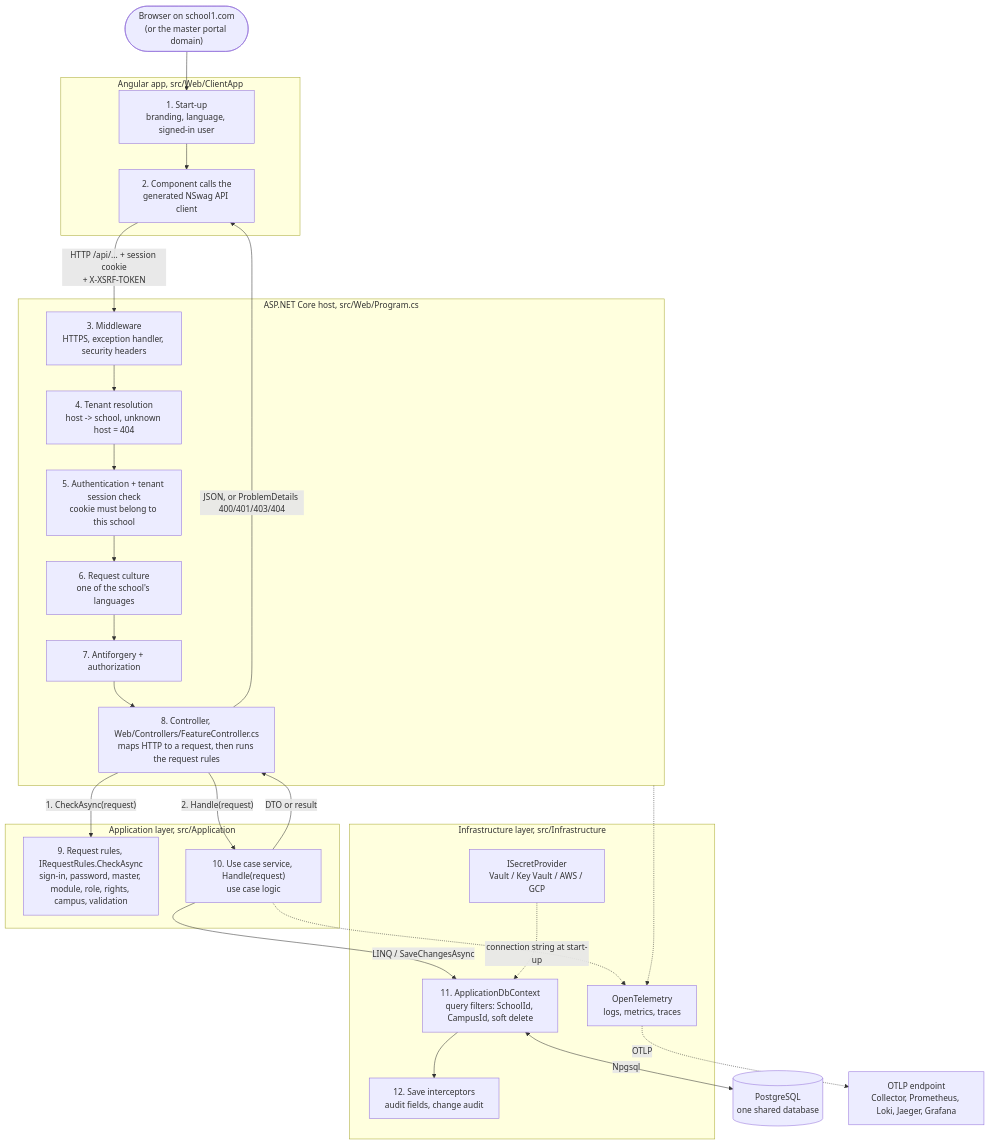
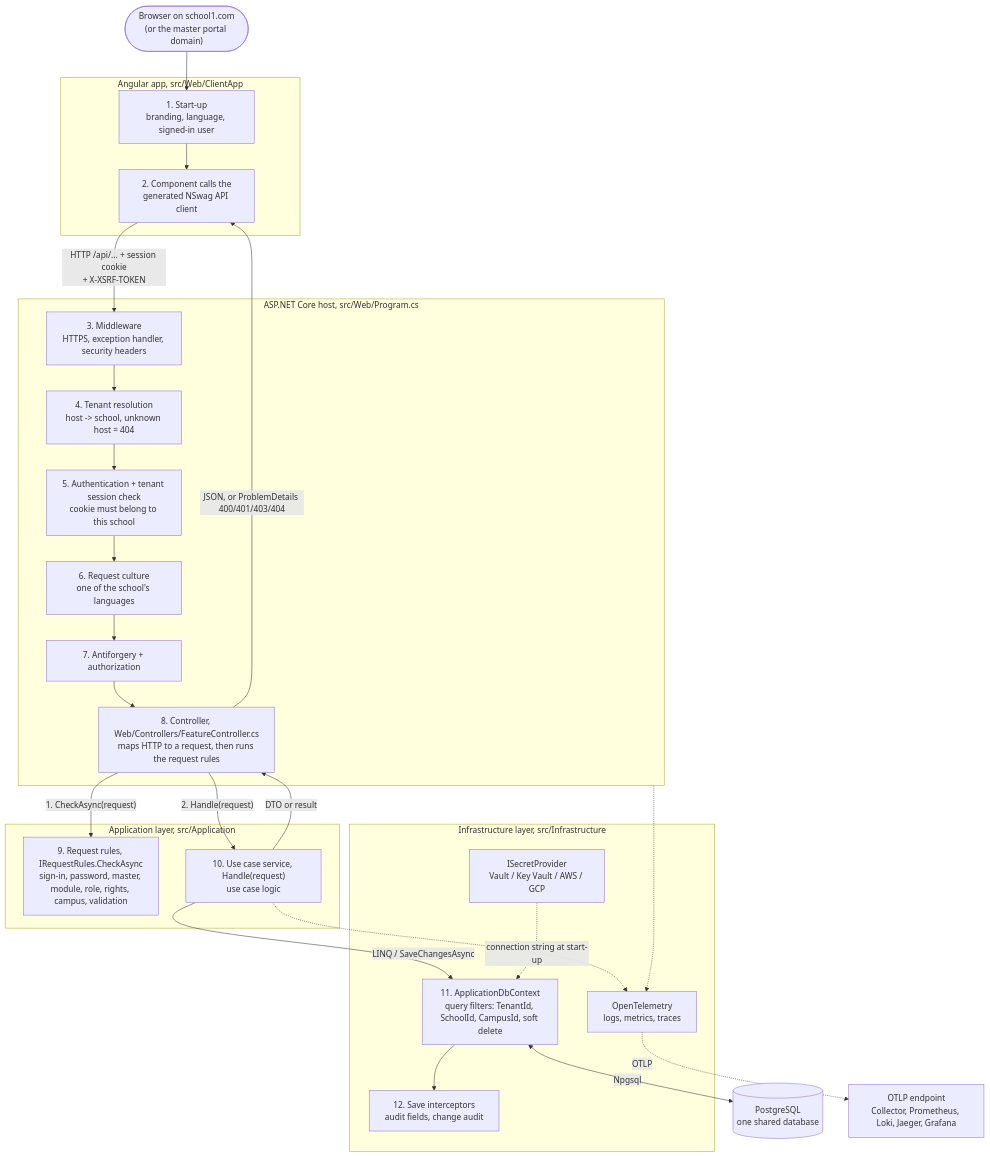
The first of 22 diagrams in README.md (ahmedshahjr/Education-Portal), drawn with Mermaid before and after one commit. The commit also changed other lines of this file and 45 other files, not shown here.

````diff
--- a/README.md
+++ b/README.md
@@ -149,48 +149,48 @@
 ```mermaid
 flowchart TB
     browser(["Browser on school1.com<br/>(or the master portal domain)"])
 
     subgraph client["Angular app, src/Web/ClientApp"]
         boot["1. Start-up<br/>branding, language, signed-in user"]
         ui["2. Component calls the<br/>generated NSwag API client"]
     end
 
     subgraph host["ASP.NET Core host, src/Web/Program.cs"]
         mw["3. Middleware<br/>HTTPS, exception handler, security headers"]
         tenant["4. Tenant resolution<br/>host -> school, unknown host = 404"]
         authn["5. Authentication + tenant session check<br/>cookie must belong to this school"]
         culture["6. Request culture<br/>one of the school's languages"]
         authz["7. Antiforgery + authorization"]
         controller["8. Controller, Web/Controllers/FeatureController.cs<br/>maps HTTP to a request, then runs the request rules"]
     end
 
     subgraph app["Application layer, src/Application"]
         rules["9. Request rules, IRequestRules.CheckAsync<br/>sign-in, password, master, module, role, rights, campus, validation"]
         handler["10. Use case service, Handle(request)<br/>use case logic"]
     end
 
     subgraph infra["Infrastructure layer, src/Infrastructure"]
-        ctx["11. ApplicationDbContext<br/>query filters: SchoolId, CampusId, soft delete"]
+        ctx["11. ApplicationDbContext<br/>query filters: TenantId, SchoolId, CampusId, soft delete"]
         save["12. Save interceptors<br/>audit fields, change audit"]
         secrets["ISecretProvider<br/>Vault / Key Vault / AWS / GCP"]
         otel["OpenTelemetry<br/>logs, metrics, traces"]
     end
 
     db[("PostgreSQL<br/>one shared database")]
     collector["OTLP endpoint<br/>Collector, Prometheus, Loki, Jaeger, Grafana"]
 
     browser --> boot --> ui
     ui -->|"HTTP /api/... + session cookie<br/>+ X-XSRF-TOKEN"| mw
     mw --> tenant --> authn --> culture --> authz --> controller
     controller -->|"1. CheckAsync(request)"| rules
     controller -->|"2. Handle(request)"| handler
     handler -->|"LINQ / SaveChangesAsync"| ctx
     ctx --> save
     ctx <-->|"Npgsql"| db
     secrets -.->|"connection string at start-up"| ctx
     handler -.-> otel
     host -.-> otel
     otel -.->|"OTLP"| collector
     handler -->|"DTO or result"| controller
     controller -->|"JSON, or ProblemDetails 400/401/403/404"| ui
 ```
````
